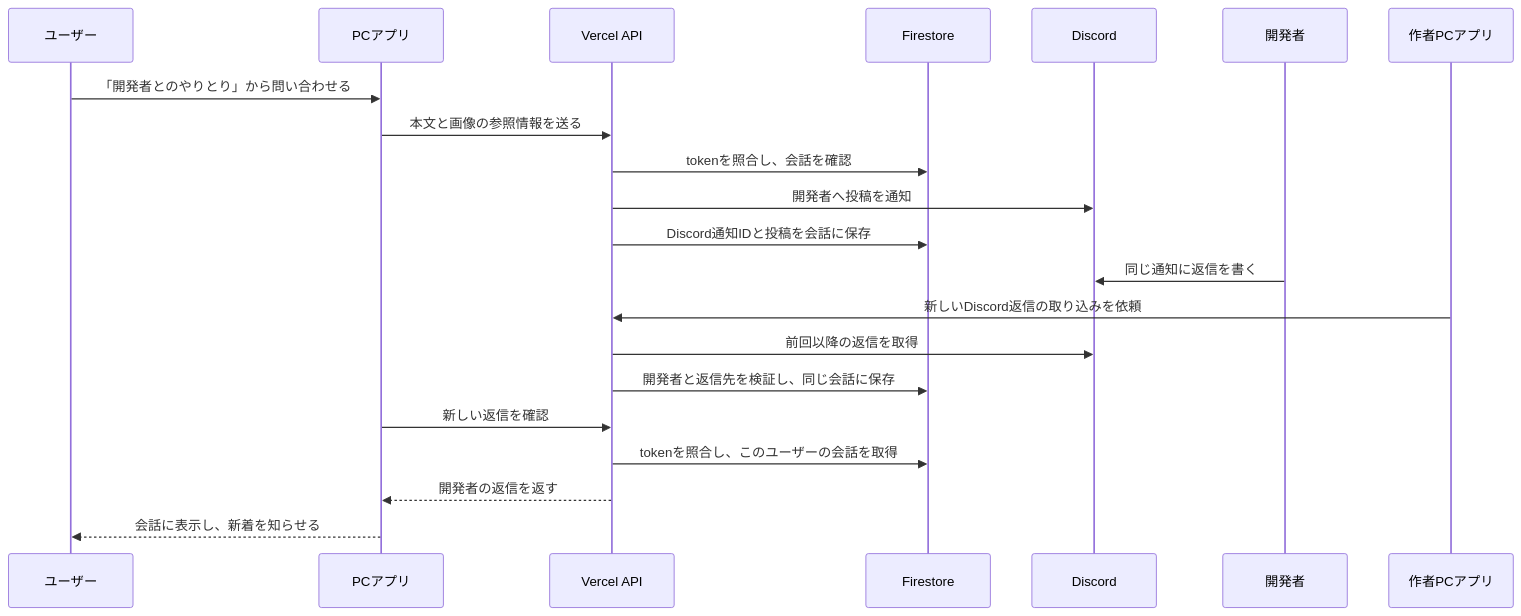
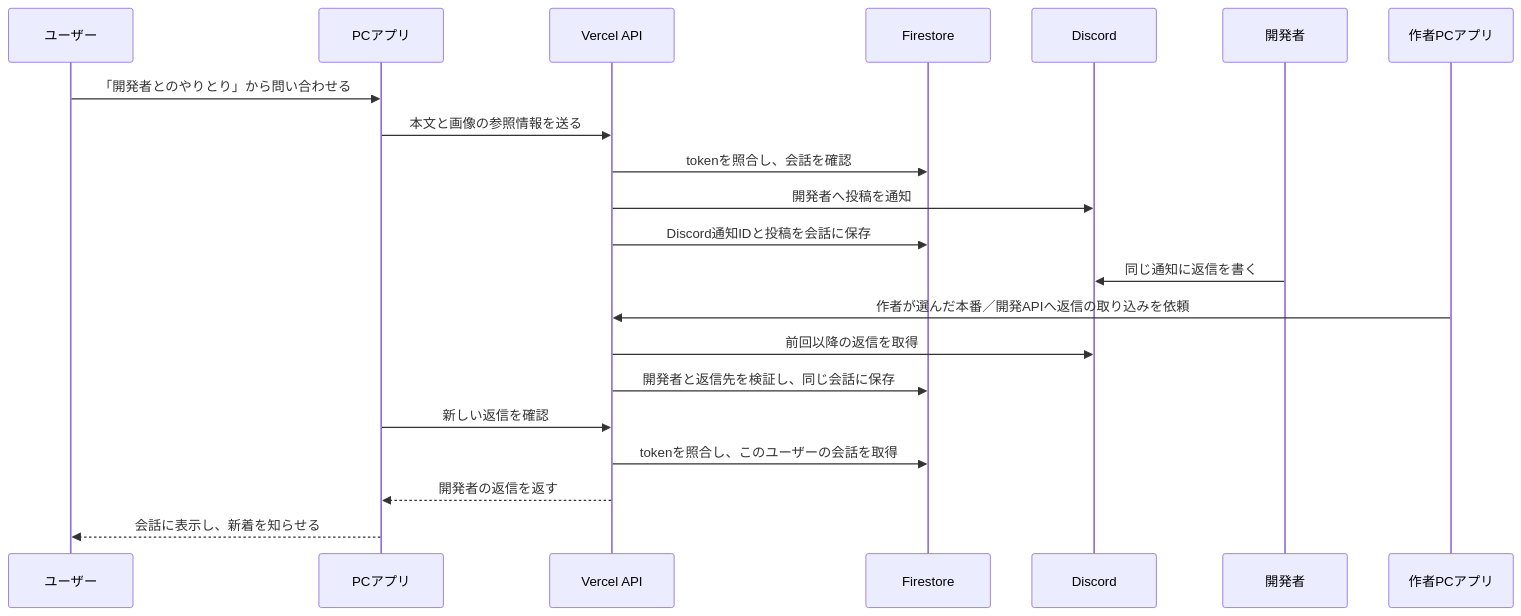
One commit to ore-no-fusen/ore-no-fusen changed the second of 4 diagrams in docs-v2/007_COMMUNICATION.md. Above: the diagram before and after it, drawn with Mermaid. The commit also changed other lines of this file and 5 other files, not shown here.

````diff
--- a/docs-v2/007_COMMUNICATION.md
+++ b/docs-v2/007_COMMUNICATION.md
@@ -223,24 +223,24 @@
 ```mermaid
 sequenceDiagram
     participant User as ユーザー
     participant PC as PCアプリ
     participant API as Vercel API
     participant DB as Firestore
     participant Discord as Discord
     participant Dev as 開発者
     participant AuthorPC as 作者PCアプリ
 
     User->>PC: 「開発者とのやりとり」から問い合わせる
     PC->>API: 本文と画像の参照情報を送る
     API->>DB: tokenを照合し、会話を確認
     API->>Discord: 開発者へ投稿を通知
     API->>DB: Discord通知IDと投稿を会話に保存
     Dev->>Discord: 同じ通知に返信を書く
-    AuthorPC->>API: 新しいDiscord返信の取り込みを依頼
+    AuthorPC->>API: 作者が選んだ本番／開発APIへ返信の取り込みを依頼
     API->>Discord: 前回以降の返信を取得
     API->>DB: 開発者と返信先を検証し、同じ会話に保存
     PC->>API: 新しい返信を確認
     API->>DB: tokenを照合し、このユーザーの会話を取得
     API-->>PC: 開発者の返信を返す
     PC-->>User: 会話に表示し、新着を知らせる
 ```
````
